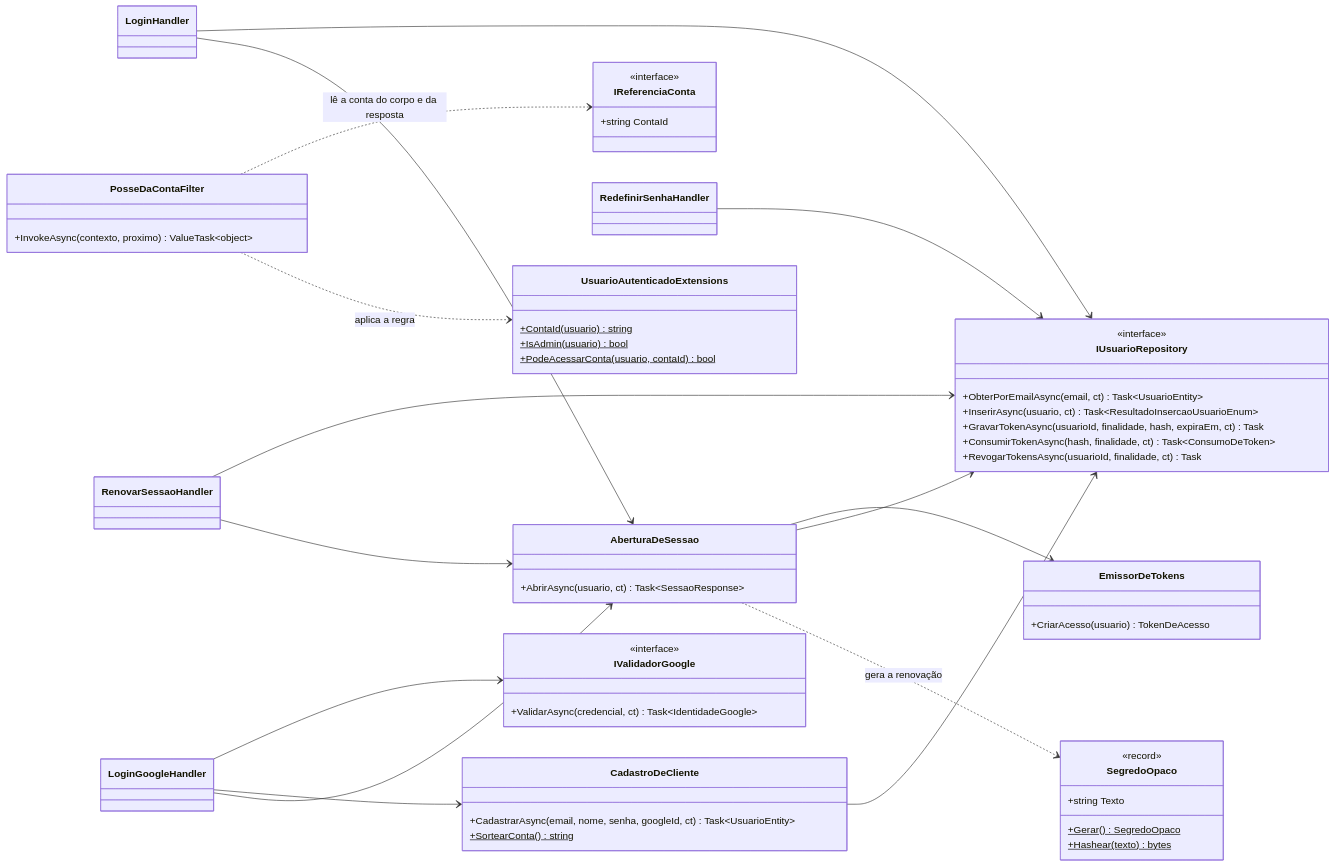
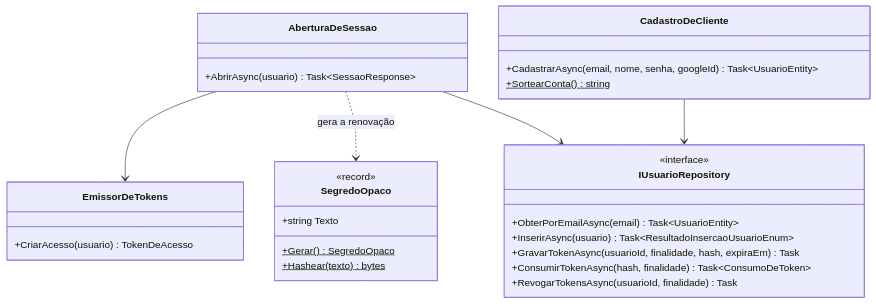
One commit to michellerodrigues/lancamentos-diarios-poc changed diagram 13 of 23 in docs/arquitetura/software/02-c4-componentes-e-codigo.md. Above: the diagram before and after it, drawn with Mermaid. The commit also changed other lines of this file and 45 other files, not shown here.

````diff
--- a/docs/arquitetura/software/02-c4-componentes-e-codigo.md
+++ b/docs/arquitetura/software/02-c4-componentes-e-codigo.md
@@ -540,63 +681,33 @@
 ```mermaid
 classDiagram
-    direction LR
+    direction TB
     class AberturaDeSessao {
-        +AbrirAsync(usuario, ct) Task~SessaoResponse~
+        +AbrirAsync(usuario) Task~SessaoResponse~
+    }
+    class CadastroDeCliente {
+        +CadastrarAsync(email, nome, senha, googleId) Task~UsuarioEntity~
+        +SortearConta()$ string
     }
     class EmissorDeTokens {
         +CriarAcesso(usuario) TokenDeAcesso
     }
     class SegredoOpaco {
         <<record>>
         +string Texto
         +Gerar()$ SegredoOpaco
         +Hashear(texto)$ bytes
     }
-    class CadastroDeCliente {
-        +CadastrarAsync(email, nome, senha, googleId, ct) Task~UsuarioEntity~
-        +SortearConta()$ string
-    }
     class IUsuarioRepository {
         <<interface>>
-        +ObterPorEmailAsync(email, ct) Task~UsuarioEntity~
-        +InserirAsync(usuario, ct) Task~ResultadoInsercaoUsuarioEnum~
-        +GravarTokenAsync(usuarioId, finalidade, hash, expiraEm, ct) Task
-        +ConsumirTokenAsync(hash, finalidade, ct) Task~ConsumoDeToken~
-        +RevogarTokensAsync(usuarioId, finalidade, ct) Task
-    }
-    class LoginHandler
-    class LoginGoogleHandler
-    class RenovarSessaoHandler
-    class RedefinirSenhaHandler
-    class IValidadorGoogle {
-        <<interface>>
-        +ValidarAsync(credencial, ct) Task~IdentidadeGoogle~
-    }
-    class PosseDaContaFilter {
-        +InvokeAsync(contexto, proximo) ValueTask~object~
-    }
-    class IReferenciaConta {
-        <<interface>>
-        +string ContaId
-    }
-    class UsuarioAutenticadoExtensions {
-        +ContaId(usuario)$ string
-        +IsAdmin(usuario)$ bool
-        +PodeAcessarConta(usuario, contaId)$ bool
+        +ObterPorEmailAsync(email) Task~UsuarioEntity~
+        +InserirAsync(usuario) Task~ResultadoInsercaoUsuarioEnum~
+        +GravarTokenAsync(usuarioId, finalidade, hash, expiraEm) Task
+        +ConsumirTokenAsync(hash, finalidade) Task~ConsumoDeToken~
+        +RevogarTokensAsync(usuarioId, finalidade) Task
     }
 
-    LoginHandler --> IUsuarioRepository
-    LoginHandler --> AberturaDeSessao
-    LoginGoogleHandler --> IValidadorGoogle
-    LoginGoogleHandler --> CadastroDeCliente
-    LoginGoogleHandler --> AberturaDeSessao
-    RenovarSessaoHandler --> IUsuarioRepository
-    RenovarSessaoHandler --> AberturaDeSessao
-    RedefinirSenhaHandler --> IUsuarioRepository
     AberturaDeSessao --> EmissorDeTokens
+    AberturaDeSessao ..> SegredoOpaco : gera a renovação
     AberturaDeSessao --> IUsuarioRepository
-    AberturaDeSessao ..> SegredoOpaco : gera a renovação
     CadastroDeCliente --> IUsuarioRepository
-    PosseDaContaFilter ..> IReferenciaConta : lê a conta do corpo e da resposta
-    PosseDaContaFilter ..> UsuarioAutenticadoExtensions : aplica a regra
 ```
````
